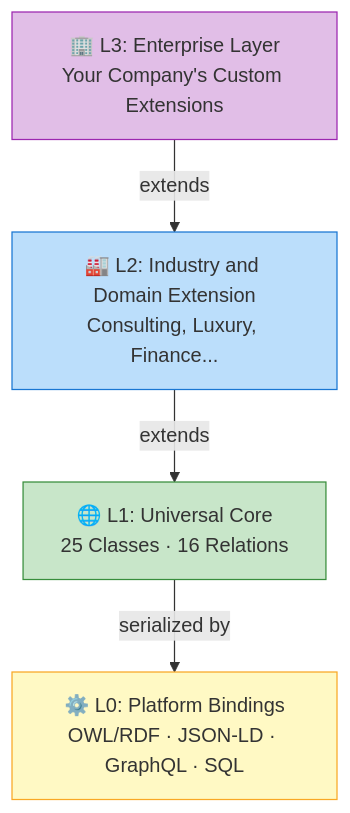
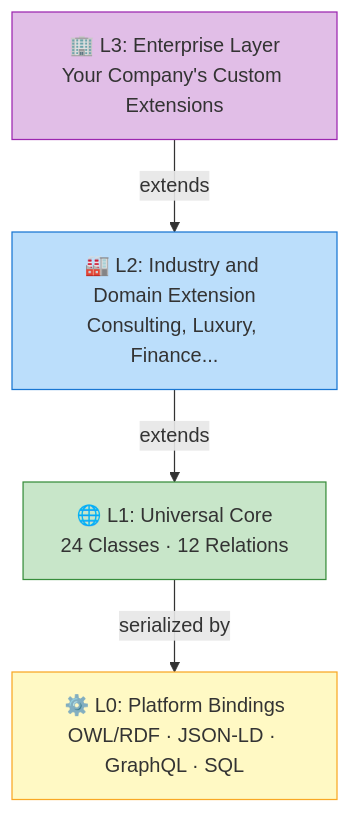
One commit to ramphias/universal-ontology-definition changed the diagram in docs-site/getting-started/index.md. Above: the diagram before and after it, drawn with Mermaid. The commit also changed 20 other files, not shown here.

````diff
--- a/docs-site/getting-started/index.md
+++ b/docs-site/getting-started/index.md
@@ -16,16 +16,16 @@
 ```mermaid
 graph TB
     L3["🏢 L3: Enterprise Layer<br/>Your Company's Custom Extensions"]
     L2["🏭 L2: Industry and Domain Extension<br/>Consulting, Luxury, Finance..."]
-    L1["🌐 L1: Universal Core<br/>25 Classes · 16 Relations"]
+    L1["🌐 L1: Universal Core<br/>24 Classes · 12 Relations"]
     L0["⚙️ L0: Platform Bindings<br/>OWL/RDF · JSON-LD · GraphQL · SQL"]
     
     L3 -->|extends| L2
     L2 -->|extends| L1
     L1 -->|serialized by| L0
     
     style L3 fill:#e1bee7,stroke:#9c27b0
     style L2 fill:#bbdefb,stroke:#1976d2
     style L1 fill:#c8e6c9,stroke:#388e3c
     style L0 fill:#fff9c4,stroke:#f9a825
 ```
````
